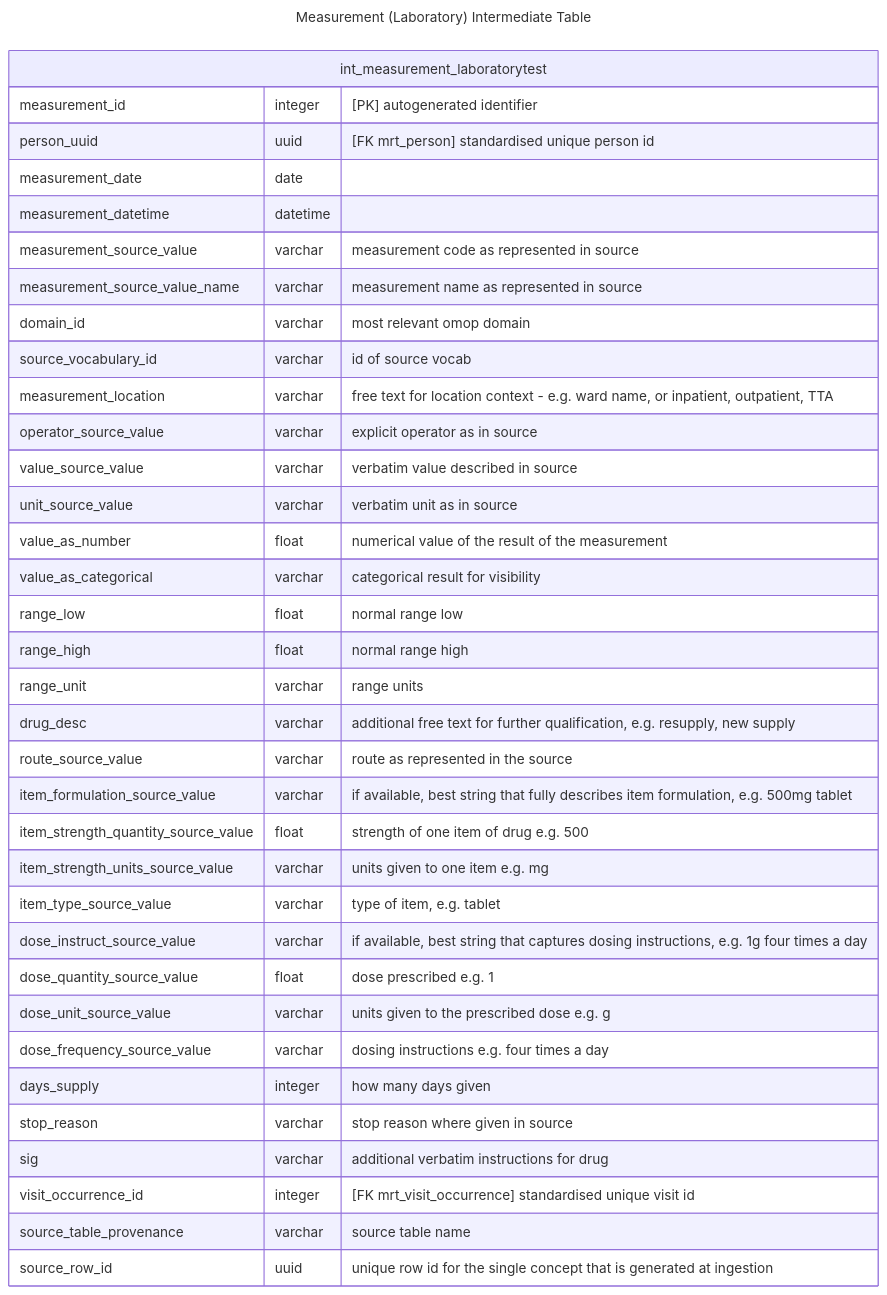
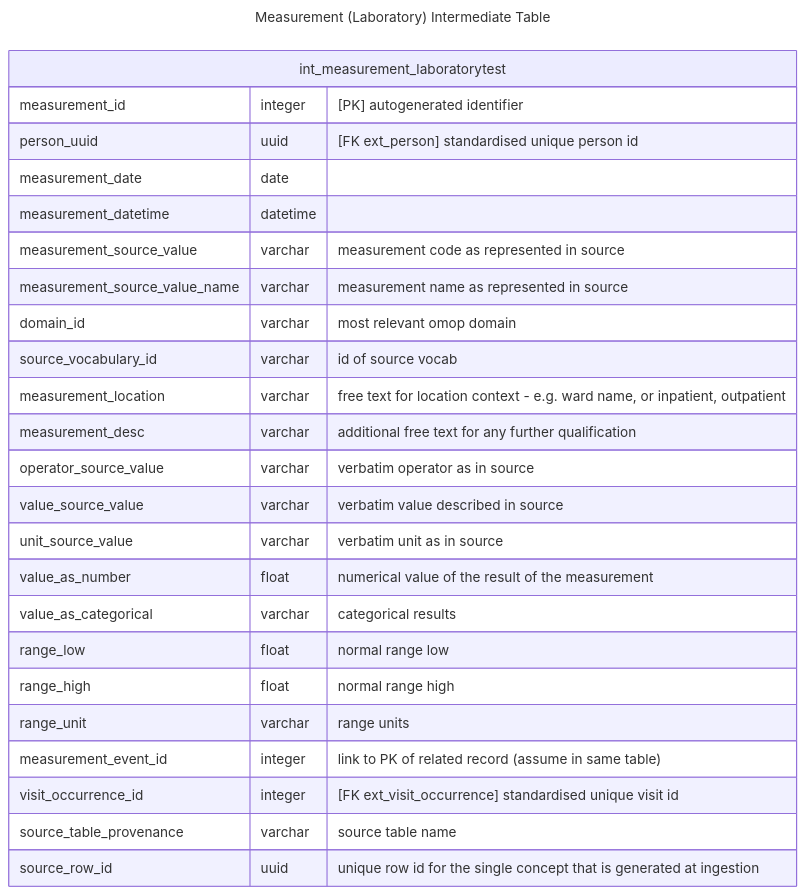
One commit to d3london/sde_aic_external_docs changed the first of 4 diagrams in src/pages/data_model/cdm_measurement.qmd. Above: the diagram before and after it, drawn with Mermaid. The commit also changed other lines of this file and 4 other files, not shown here.

Commit message:
updated drug and measurement

````diff
--- a/src/pages/data_model/cdm_measurement.qmd
+++ b/src/pages/data_model/cdm_measurement.qmd
@@ -26,42 +26,30 @@
 ```{mermaid}
 ---
 title: Measurement (Laboratory) Intermediate Table
 ---
 erDiagram
     int_measurement_laboratorytest {
         measurement_id integer "[PK] autogenerated identifier"
-        person_uuid uuid "[FK mrt_person] standardised unique person id"
+        person_uuid uuid "[FK ext_person] standardised unique person id"
         measurement_date date
         measurement_datetime datetime    
         measurement_source_value varchar "measurement code as represented in source"
         measurement_source_value_name varchar "measurement name as represented in source"
         domain_id varchar "most relevant omop domain"
         source_vocabulary_id varchar "id of source vocab"
-        measurement_location varchar "free text for location context - e.g. ward name, or inpatient, outpatient, TTA"
-        operator_source_value varchar "explicit operator as in source"
+        measurement_location varchar "free text for location context - e.g. ward name, or inpatient, outpatient"
+        measurement_desc varchar "additional free text for any further qualification"
+        operator_source_value varchar "verbatim operator as in source"
         value_source_value varchar "verbatim value described in source"
         unit_source_value varchar "verbatim unit as in source"               
         value_as_number float "numerical value of the result of the measurement"
-        value_as_categorical varchar "categorical result for visibility"        
+        value_as_categorical varchar "categorical results"        
         range_low float "normal range low"
         range_high float  "normal range high"
         range_unit varchar "range units"
-
-        drug_desc varchar "additional free text for further qualification, e.g. resupply, new supply"
-        route_source_value varchar "route as represented in the source"
-        item_formulation_source_value varchar "if available, best string that fully describes item formulation, e.g. 500mg tablet"
-        item_strength_quantity_source_value float "strength of one item of drug e.g. 500"
-        item_strength_units_source_value varchar "units given to one item e.g. mg"        
-        item_type_source_value varchar "type of item, e.g. tablet"
-        dose_instruct_source_value varchar "if available, best string that captures dosing instructions, e.g. 1g four times a day"
-        dose_quantity_source_value float "dose prescribed e.g. 1"
-        dose_unit_source_value varchar "units given to the prescribed dose e.g. g"
-        dose_frequency_source_value varchar "dosing instructions e.g. four times a day"
-        days_supply integer "how many days given"
-        stop_reason varchar "stop reason where given in source"
-        sig varchar "additional verbatim instructions for drug"
-        visit_occurrence_id integer "[FK mrt_visit_occurrence] standardised unique visit id"
+        measurement_event_id integer "link to PK of related record (assume in same table)"
+        visit_occurrence_id integer "[FK ext_visit_occurrence] standardised unique visit id"
         source_table_provenance varchar "source table name"
         source_row_id uuid "unique row id for the single concept that is generated at ingestion"
     }
 ```
````
